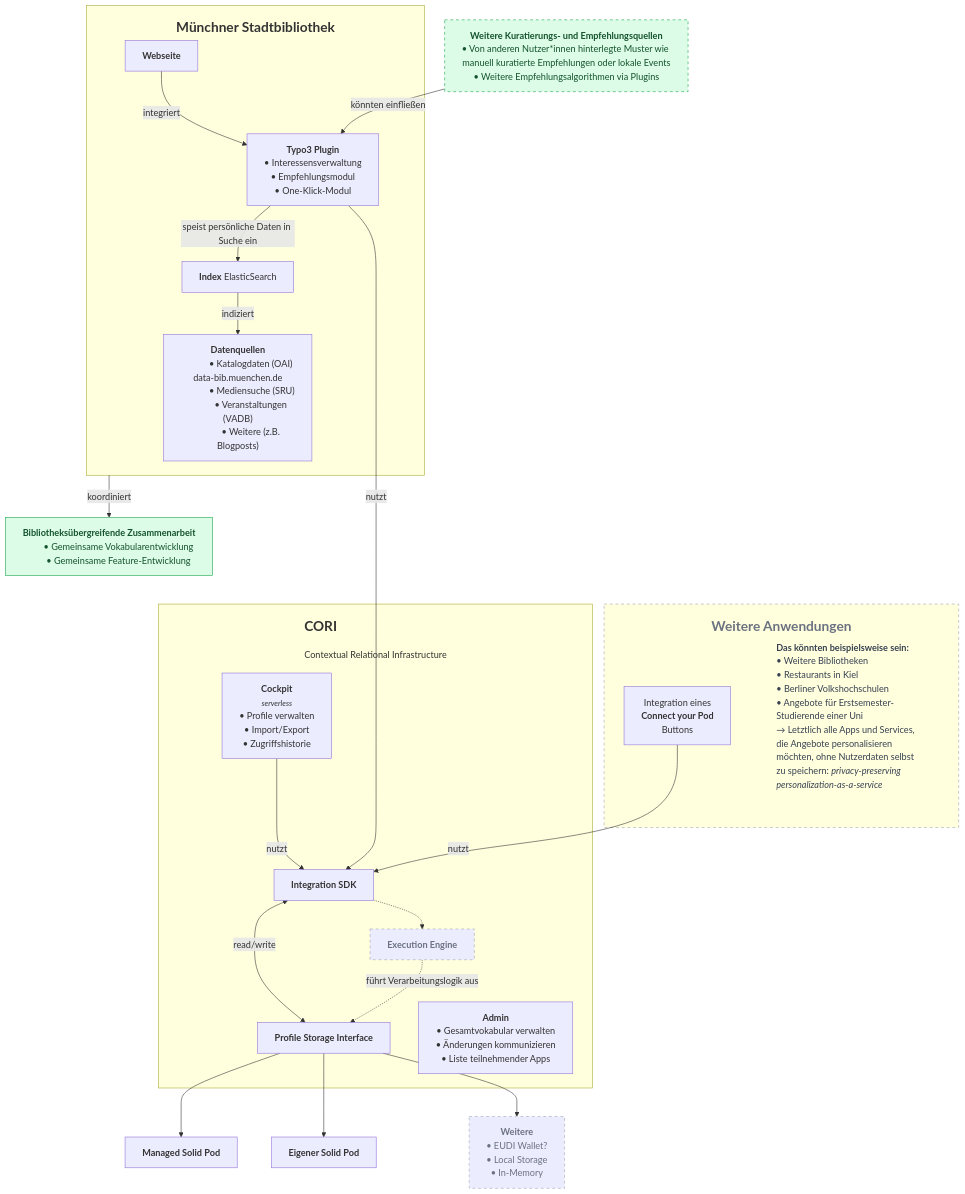
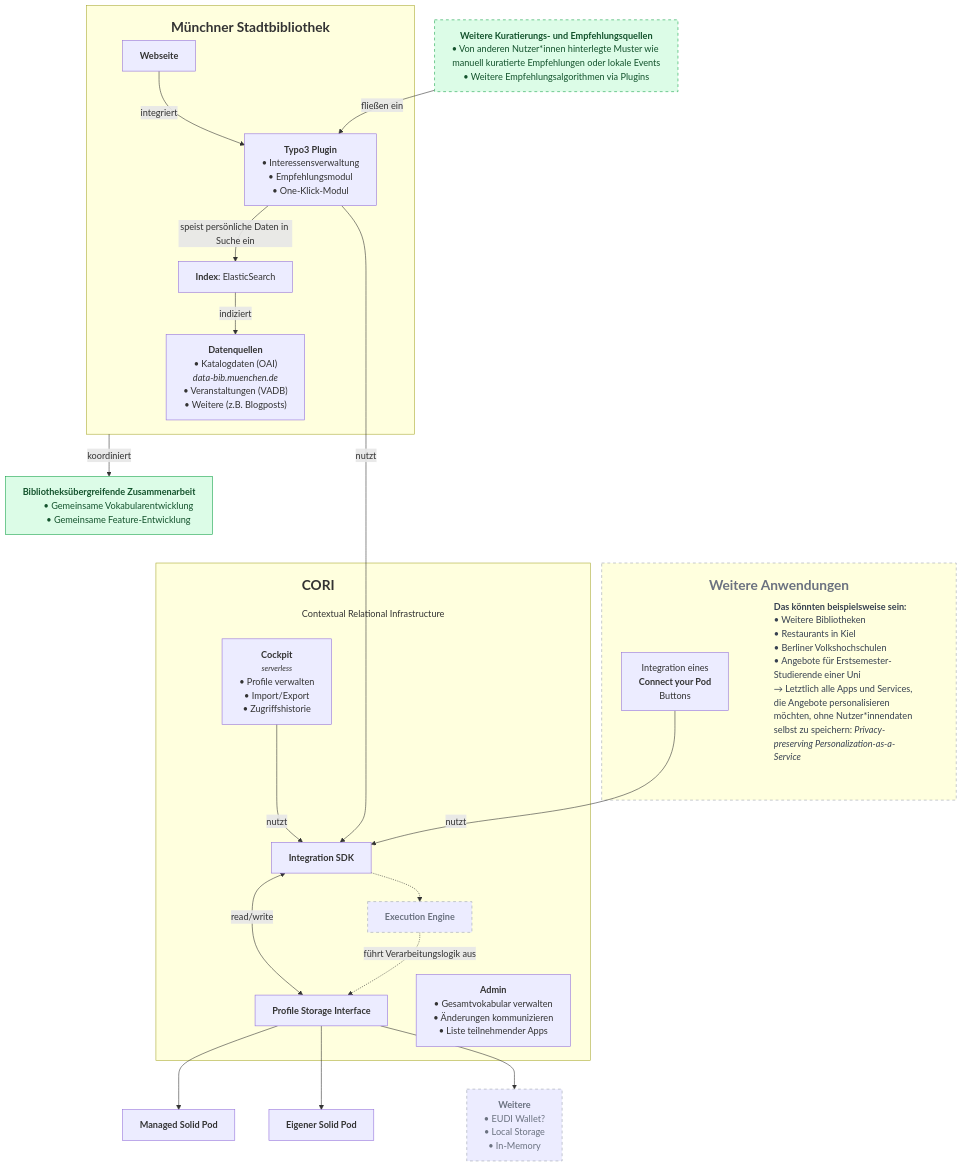
One commit to it-at-m/bib-pods changed the diagram in README.md. Above: the diagram before and after it, drawn with Mermaid.

Commit message:
Update README
Updated terminology for inclusivity and improved clarity.

````diff
--- a/README.md
+++ b/README.md
@@ -24,8 +24,8 @@
 
     subgraph msb["<h2>Münchner Stadtbibliothek</h2>"]
         data["<b>Datenquellen</b>
-            #bull; Katalogdaten (OAI) data-bib.muenchen.de
-            #bull; Mediensuche (SRU)
+            #bull;&nbsp;Katalogdaten (OAI)
+                <i>data-bib.muenchen.de</i>
             #bull; Veranstaltungen (VADB)
             #bull; Weitere (z.B. Blogposts)
         "]
@@ -35,7 +35,7 @@
             #bull; Empfehlungsmodul
             #bull; One-Klick-Modul
         "]
-        index["<b>Index</b> ElasticSearch"]
+        index["<b>Index</b>: ElasticSearch"]
         typo3 -->|speist persönliche Daten in Suche ein| index
         index -->|indiziert| data
         site -->|integriert| typo3
@@ -49,7 +49,7 @@
 #bull; Restaurants in Kiel
 #bull; Berliner Volkshochschulen
 #bull; Angebote für Erstsemester-Studierende einer Uni
-→ Letztlich alle Apps und Services, die Angebote personalisieren möchten, ohne Nutzerdaten selbst zu speichern: <i>privacy-preserving personalization-as-a-service</i>
+→ Letztlich alle Apps und Services, die Angebote personalisieren möchten, ohne Nutzer*innendaten selbst zu speichern: <i>Privacy-preserving Personalization-as-a-Service</i>
 <span style='opacity:0'>xxxxxxxxxxxxxxxxxxxxxxxxxxxxxxxx</span>
 </div>"]:::ghost
     end
@@ -99,5 +99,5 @@
     typo3 -->|nutzt| integrate
     connectBtn -->|nutzt| integrate
     msb -->|koordiniert| bibComm
-    communityInput -->|könnten einfließen| typo3
+    communityInput -->|fließen ein| typo3
 ```
````
